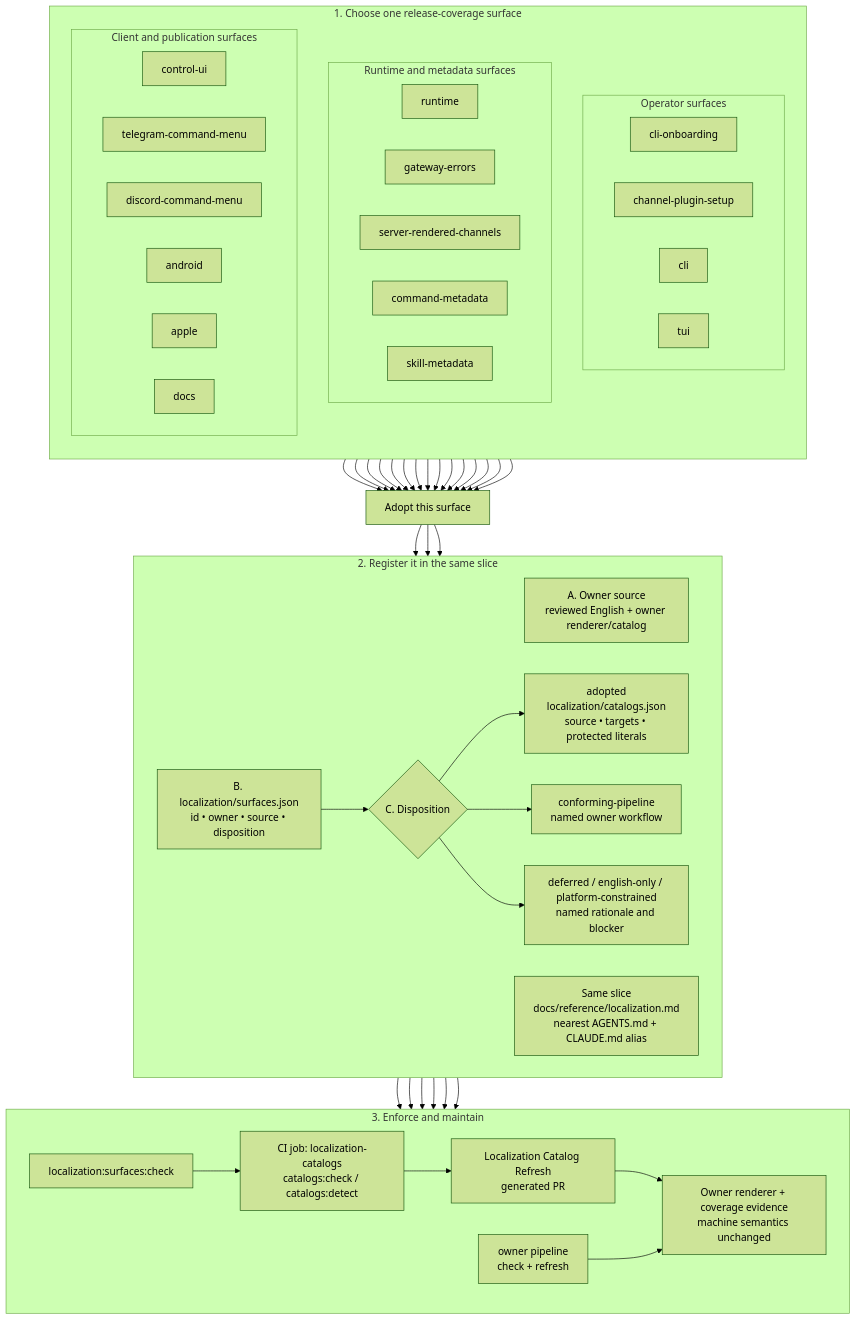
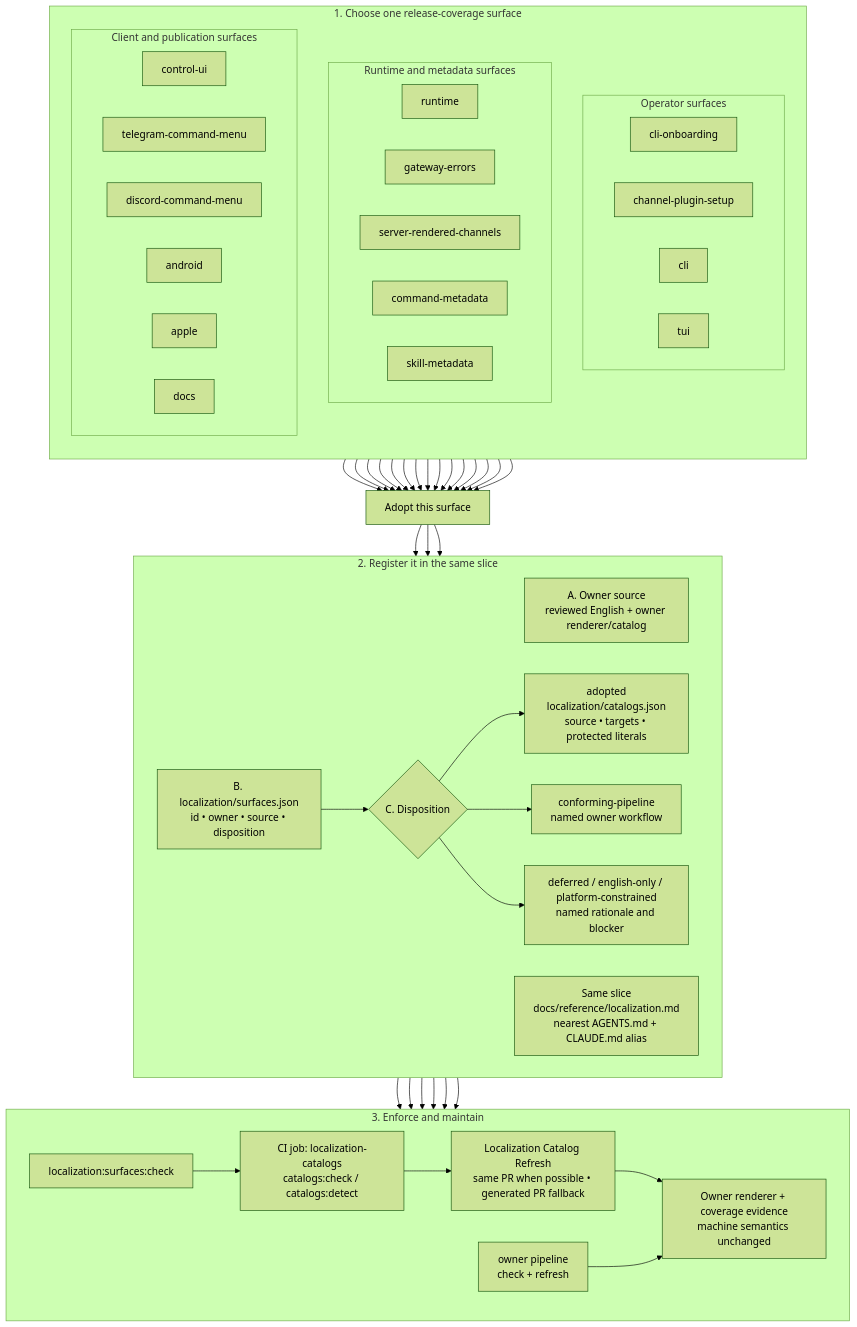
The first of 2 diagrams in rfcs/0024-localization-runtime-and-coverage.md (openclaw/rfcs), drawn with Mermaid (forest theme) before and after one commit. The commit also changed other lines of this file and 3 other files, not shown here.

Commit message:
docs(localization): define in-place authoring refresh

```diff
--- a/rfcs/0024-localization-runtime-and-coverage.md
+++ b/rfcs/0024-localization-runtime-and-coverage.md
@@ -124,7 +124,7 @@
     direction LR
     SURFACE_CHECK["localization:surfaces:check"]
     CATALOG_CHECK["CI job: localization-catalogs<br/>catalogs:check / catalogs:detect"]
-    REFRESH["Localization Catalog Refresh<br/>generated PR"]
+    REFRESH["Localization Catalog Refresh<br/>same PR when possible • generated PR fallback"]
     OWNER_FLOW["owner pipeline<br/>check + refresh"]
     RESULT["Owner renderer + coverage evidence<br/>machine semantics unchanged"]
   end
```
